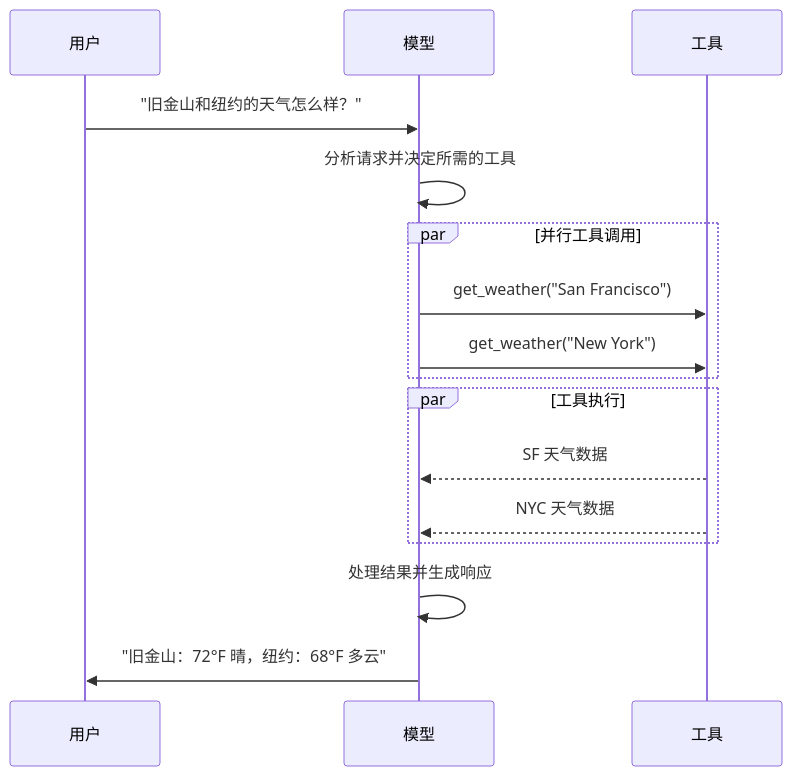
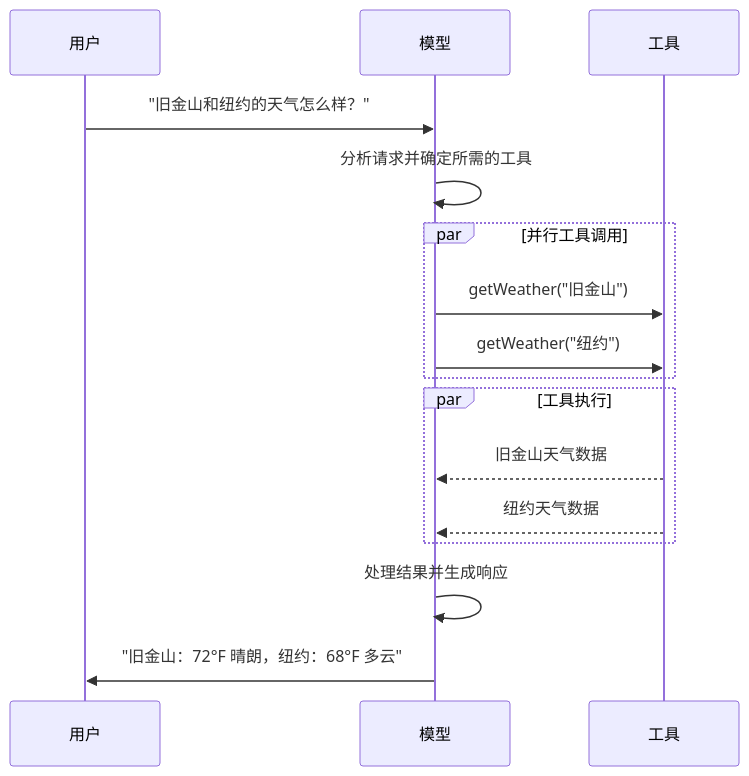
One commit to ikun-love/langchain-docs changed the first of 2 diagrams in src/oss/langchain/models.mdx. Above: the diagram before and after it, drawn with Mermaid. The commit also changed other lines of this file and 261 other files, not shown here.

````diff
--- a/src/oss/langchain/models.mdx
+++ b/src/oss/langchain/models.mdx
@@ -538,22 +538,22 @@
 ```mermaid
 sequenceDiagram
     participant U as 用户
     participant M as 模型
     participant T as 工具
 
     U->>M: "旧金山和纽约的天气怎么样？"
-    M->>M: 分析请求并决定所需的工具
+    M->>M: 分析请求并确定所需的工具
 
     par 并行工具调用
-        M->>T: get_weather("San Francisco")
-        M->>T: get_weather("New York")
+        M->>T: getWeather("旧金山")
+        M->>T: getWeather("纽约")
     end
 
     par 工具执行
-        T-->>M: SF 天气数据
-        T-->>M: NYC 天气数据
+        T-->>M: 旧金山天气数据
+        T-->>M: 纽约天气数据
     end
 
     M->>M: 处理结果并生成响应
-    M->>U: "旧金山：72°F 晴，纽约：68°F 多云"
+    M->>U: "旧金山：72°F 晴朗，纽约：68°F 多云"
 ```
````
